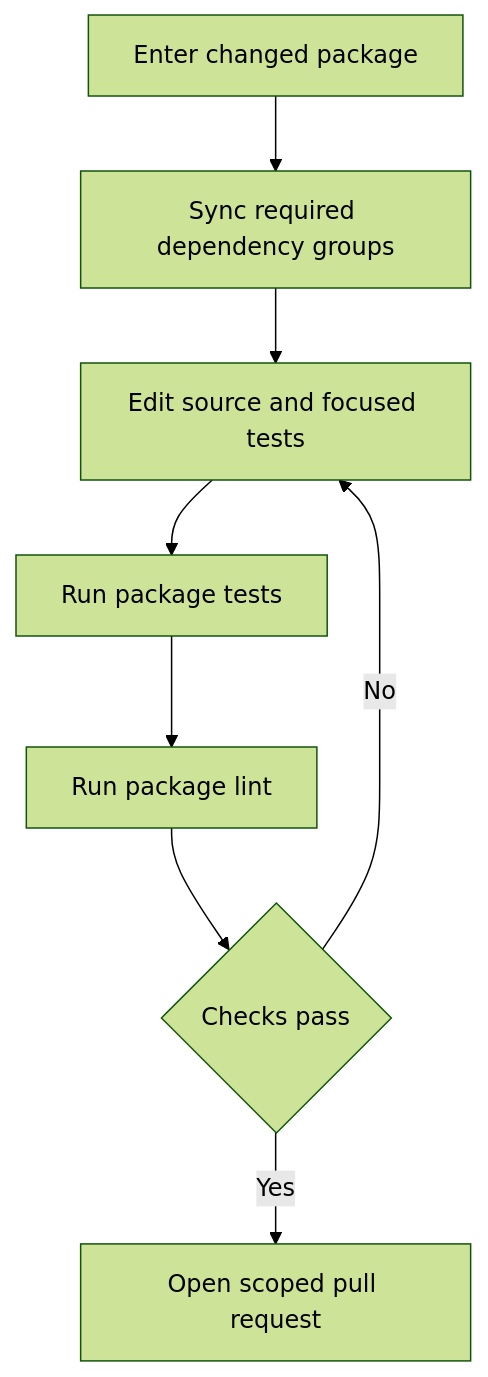
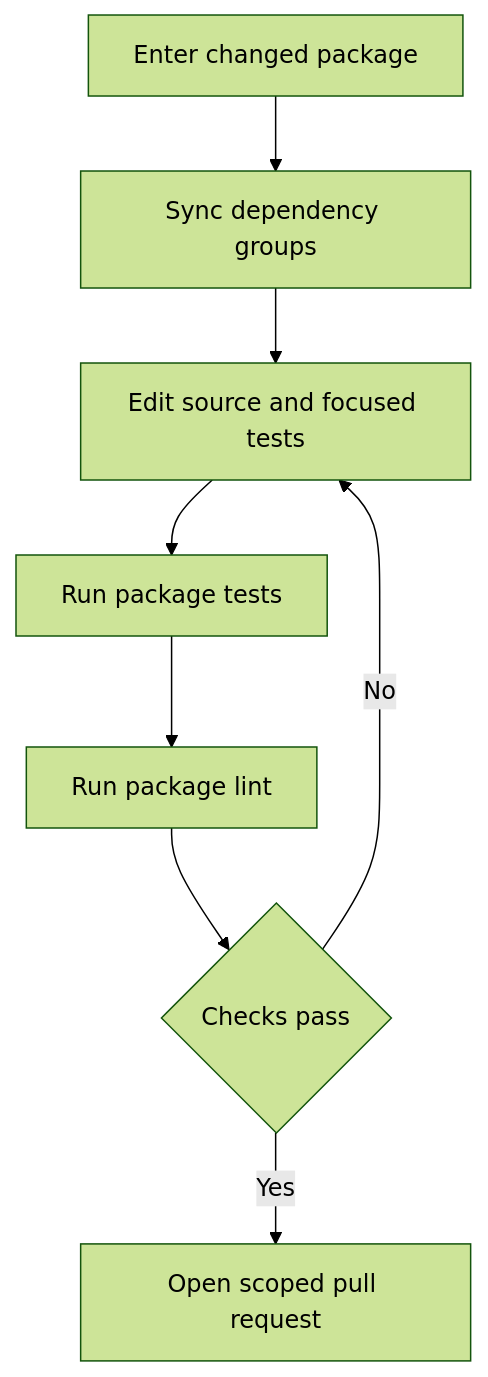
Before and after one commit to langchain-ai/deepagents: the first of 2 diagrams in openwiki/operations/development.md, drawn with Mermaid (forest theme). The commit also changed other lines of this file and 62 other files, not shown here.

````diff
--- a/openwiki/operations/development.md
+++ b/openwiki/operations/development.md
@@ -79,10 +81,10 @@
 ```mermaid
 flowchart TD
-    Select["Enter changed package"] --> Sync["Sync required dependency groups"]
+    Select["Enter changed package"] --> Sync["Sync dependency groups"]
     Sync --> Edit["Edit source and focused tests"]
     Edit --> Test["Run package tests"]
     Test --> Lint["Run package lint"]
     Lint --> Pass{"Checks pass"}
     Pass -->|"No"| Edit
     Pass -->|"Yes"| PullRequest["Open scoped pull request"]
 ```
````
